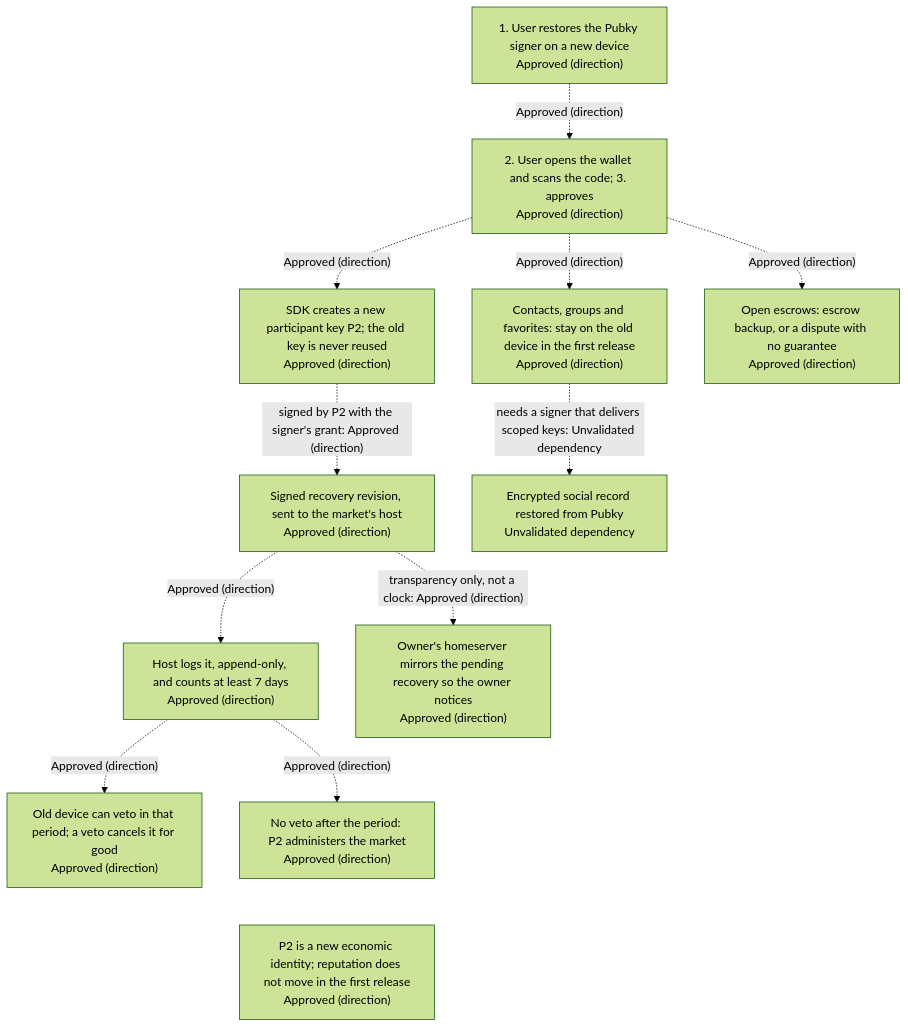
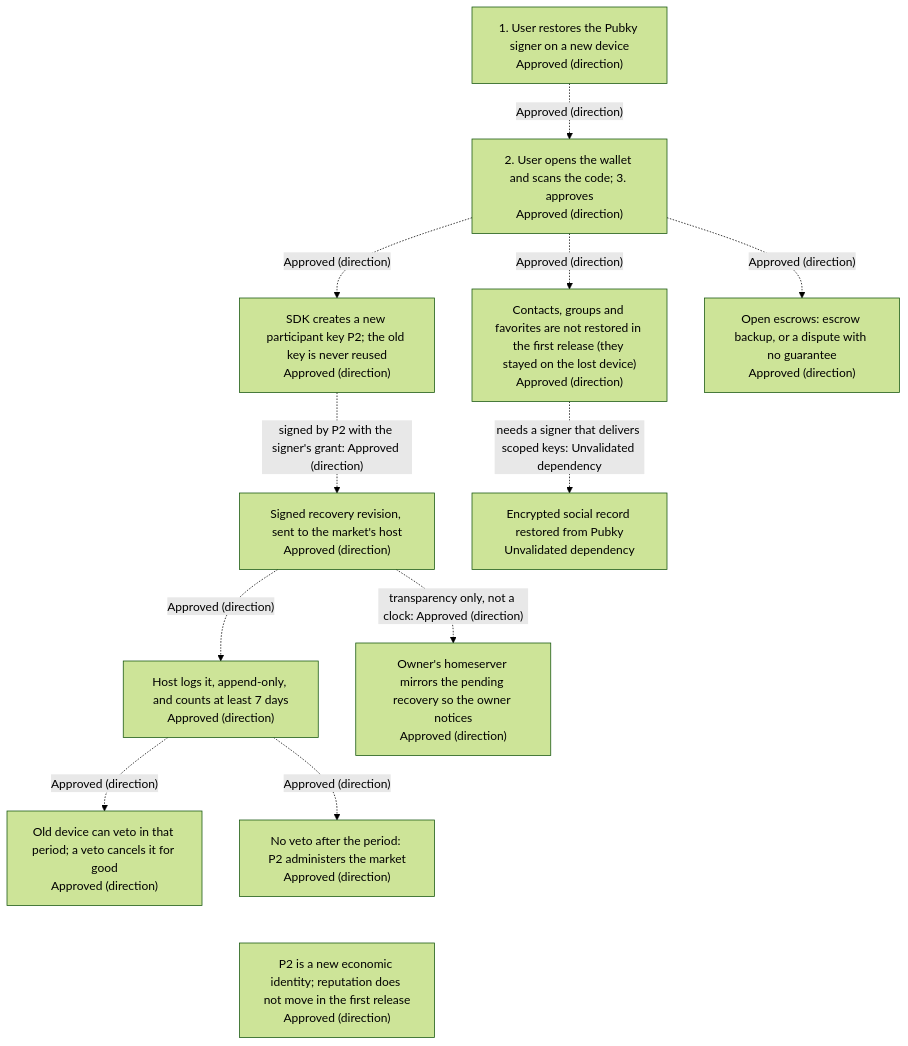
The fifth of 6 diagrams in docs/SYSTEM_DESIGN.md (sails-protocol/Sails-Protocol), drawn with Mermaid (forest theme) before and after one commit. The commit also changed other lines of this file and 1 other file, not shown here.

Commit message:
docs: clarify Diagram 2 and 3 labels per review; remove non-ASCII from ADR-008

````diff
--- a/docs/SYSTEM_DESIGN.md
+++ b/docs/SYSTEM_DESIGN.md
@@ -686,26 +686,26 @@
 ```mermaid
 flowchart TD
   S["1. User restores the Pubky signer on a new device<br/>Approved (direction)"]
   W["2. User opens the wallet and scans the code; 3. approves<br/>Approved (direction)"]
   NP["SDK creates a new participant key P2; the old key is never reused<br/>Approved (direction)"]
   R["Signed recovery revision, sent to the market's host<br/>Approved (direction)"]
   H["Host logs it, append-only, and counts at least 7 days<br/>Approved (direction)"]
   V["Old device can veto in that period; a veto cancels it for good<br/>Approved (direction)"]
   OK["No veto after the period: P2 administers the market<br/>Approved (direction)"]
   MIR["Owner's homeserver mirrors the pending recovery so the owner notices<br/>Approved (direction)"]
-  C["Contacts, groups and favorites: stay on the old device in the first release<br/>Approved (direction)"]
+  C["Contacts, groups and favorites are not restored in the first release (they stayed on the lost device)<br/>Approved (direction)"]
   CS["Encrypted social record restored from Pubky<br/>Unvalidated dependency"]
   F["Open escrows: escrow backup, or a dispute with no guarantee<br/>Approved (direction)"]
   Q["P2 is a new economic identity; reputation does not move in the first release<br/>Approved (direction)"]
   S -.->|"Approved (direction)"| W
   W -.->|"Approved (direction)"| NP
   NP -.->|"signed by P2 with the signer's grant: Approved (direction)"| R
   R -.->|"Approved (direction)"| H
   H -.->|"Approved (direction)"| V
   H -.->|"Approved (direction)"| OK
   R -.->|"transparency only, not a clock: Approved (direction)"| MIR
   W -.->|"Approved (direction)"| C
   C -.->|"needs a signer that delivers scoped keys: Unvalidated dependency"| CS
   W -.->|"Approved (direction)"| F
   OK ~~~ Q
 ```
````
